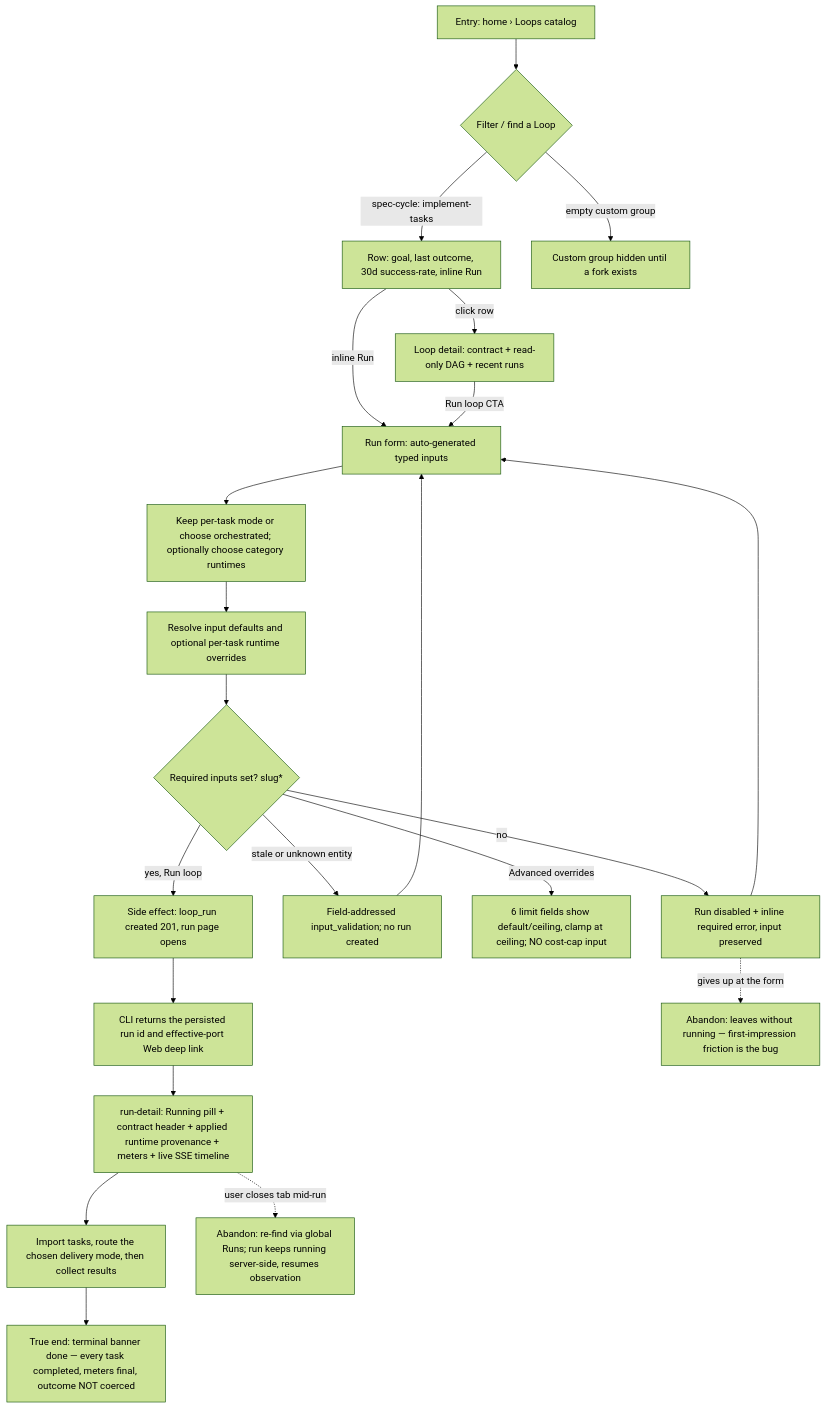
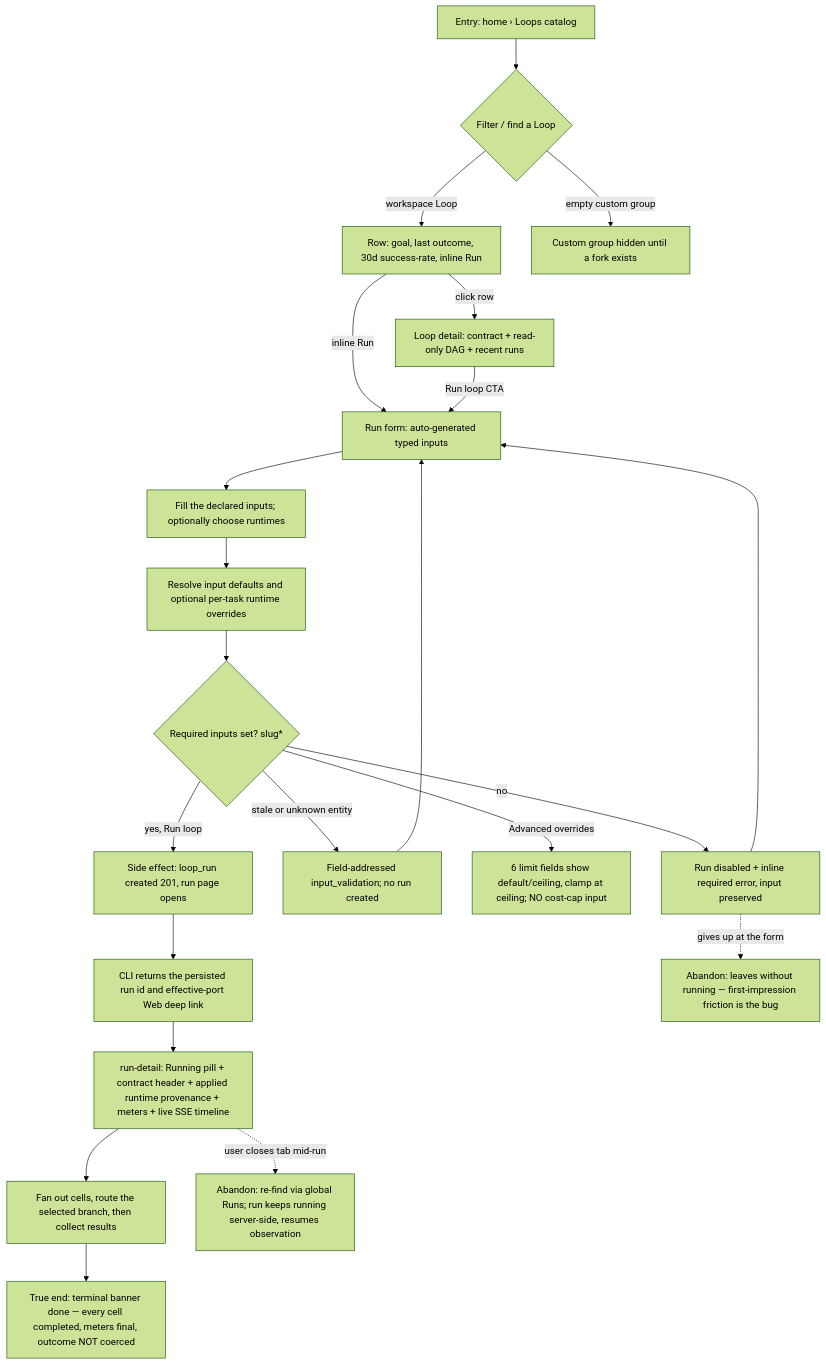
The diagram in docs/qa/journeys/J-01-arrive-and-use-run.md (compozy/compozy), drawn with Mermaid (forest theme) before and after one commit. The commit also changed other lines of this file and 119 other files, not shown here.

First line of the commit message:
feat!: remove workspace task delivery skills and retire their QA

````diff
--- a/docs/qa/journeys/J-01-arrive-and-use-run.md
+++ b/docs/qa/journeys/J-01-arrive-and-use-run.md
@@ -9,25 +9,25 @@
 ```mermaid
 flowchart TD
     A[Entry: home › Loops catalog] --> B{Filter / find a Loop}
-    B -->|spec-cycle: implement-tasks| C[Row: goal, last outcome, 30d success-rate, inline Run]
+    B -->|workspace Loop| C[Row: goal, last outcome, 30d success-rate, inline Run]
     B -->|empty custom group| B2[Custom group hidden until a fork exists]
     C -->|click row| D[Loop detail: contract + read-only DAG + recent runs]
     C -->|inline Run| E[Run form: auto-generated typed inputs]
     D -->|Run loop CTA| E
-    E --> E2[Keep per-task mode or choose orchestrated; optionally choose category runtimes]
+    E --> E2[Fill the declared inputs; optionally choose runtimes]
     E2 --> R
     R[Resolve input defaults and optional per-task runtime overrides]
     R --> F{Required inputs set? slug*}
     F -->|no| F2[Run disabled + inline required error, input preserved]
     F2 --> E
     F -->|stale or unknown entity| F3[Field-addressed input_validation; no run created]
     F3 --> E
     F -->|Advanced overrides| G[6 limit fields show default/ceiling, clamp at ceiling; NO cost-cap input]
     F -->|yes, Run loop| H[Side effect: loop_run created 201, run page opens]
     H --> H2[CLI returns the persisted run id and effective-port Web deep link]
     H2 --> I[run-detail: Running pill + contract header + applied runtime provenance + meters + live SSE timeline]
-    I --> J[Import tasks, route the chosen delivery mode, then collect results]
-    J --> K[True end: terminal banner done — every task completed, meters final, outcome NOT coerced]
+    I --> J[Fan out cells, route the selected branch, then collect results]
+    J --> K[True end: terminal banner done — every cell completed, meters final, outcome NOT coerced]
     I -.->|user closes tab mid-run| X1[Abandon: re-find via global Runs; run keeps running server-side, resumes observation]
     F2 -.->|gives up at the form| X2[Abandon: leaves without running — first-impression friction is the bug]
 ```
````
